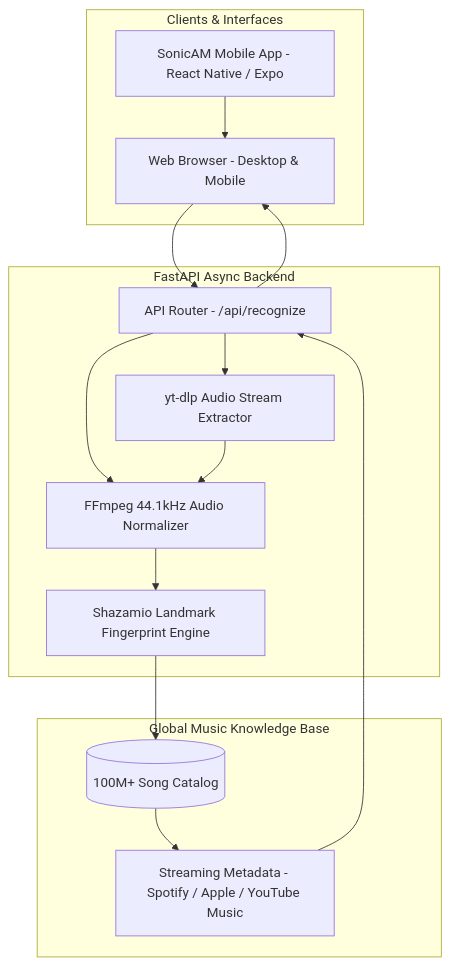
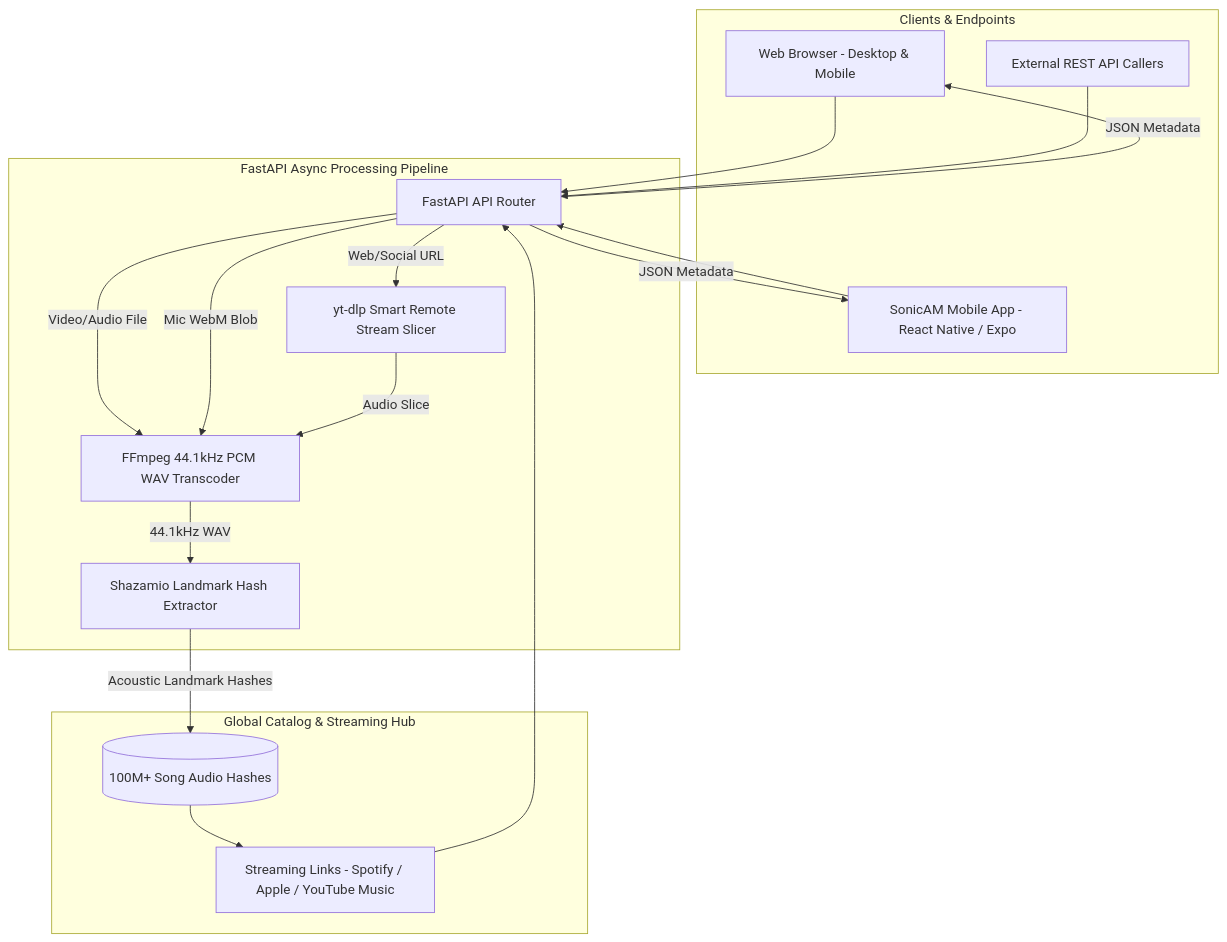
One commit to Mohammed-Ashraf-Shaik/anything-to-audio changed the diagram in README.md. Above: the diagram before and after it, drawn with Mermaid. The commit also changed other lines of this file and 9 other files, not shown here.

Commit message:
fix: bypass YouTube bot verification, fix APK recognition routing & permissions, and hide APK download buttons in mobile build (v1.2.1)

````diff
--- a/README.md
+++ b/README.md
@@ -93,30 +79,36 @@
 ```mermaid
 graph TD
-    subgraph Clients [Clients & Interfaces]
+    subgraph Clients [Clients & Endpoints]
         Web[Web Browser - Desktop & Mobile]
         App[SonicAM Mobile App - React Native / Expo]
+        API_Callers[External REST API Callers]
     end
 
-    subgraph Server [FastAPI Async Backend]
-        API[API Router - /api/recognize]
-        DL[yt-dlp Audio Stream Extractor]
-        FF[FFmpeg 44.1kHz Audio Normalizer]
-        SH[Shazamio Landmark Fingerprint Engine]
+    subgraph Server [FastAPI Async Processing Pipeline]
+        Router[FastAPI API Router]
+        StreamDemux[yt-dlp Smart Remote Stream Slicer]
+        Normalizer[FFmpeg 44.1kHz PCM WAV Transcoder]
+        Fingerprint[Shazamio Landmark Hash Extractor]
     end
 
-    subgraph Cloud [Global Music Knowledge Base]
-        Catalog[(100M+ Song Catalog)]
-        StreamLinks[Streaming Metadata - Spotify / Apple / YouTube Music]
+    subgraph KnowledgeBase [Global Catalog & Streaming Hub]
+        ShazamCatalog[(100M+ Song Audio Hashes)]
+        MusicHub[Streaming Links - Spotify / Apple / YouTube Music]
     end
 
-    Web --> API
-    App --> Web
-    API --> DL
-    API --> FF
-    DL --> FF
-    FF --> SH
-    SH --> Catalog
-    Catalog --> StreamLinks
-    StreamLinks --> API
-    API --> Web
+    Web --> Router
+    App --> Router
+    API_Callers --> Router
+
+    Router -->|Web/Social URL| StreamDemux
+    Router -->|Video/Audio File| Normalizer
+    Router -->|Mic WebM Blob| Normalizer
+
+    StreamDemux -->|Audio Slice| Normalizer
+    Normalizer -->|44.1kHz WAV| Fingerprint
+    Fingerprint -->|Acoustic Landmark Hashes| ShazamCatalog
+    ShazamCatalog --> MusicHub
+    MusicHub --> Router
+    Router -->|JSON Metadata| Web
+    Router -->|JSON Metadata| App
 ```
````
